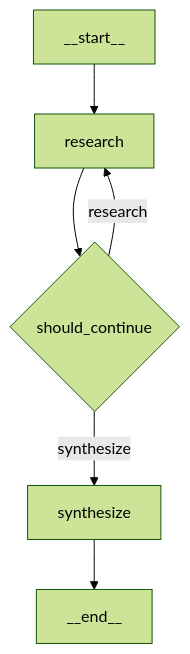
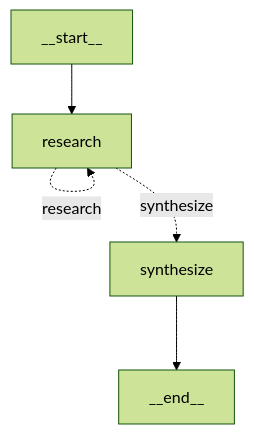
Before and after one commit to akshkr/akashnotes: the second of 4 diagrams in Phase_3_Single_Agent/Day_041_state_machines/state_machines.md, drawn with Mermaid (forest theme). The commit also changed other lines of this file and 95 other files, not shown here.

````diff
--- a/Phase_3_Single_Agent/Day_041_state_machines/state_machines.md
+++ b/Phase_3_Single_Agent/Day_041_state_machines/state_machines.md
@@ -190,8 +201,7 @@
 ```mermaid
 flowchart TD
     __start__ --> research
-    research --> should_continue{should_continue}
-    should_continue -->|research| research
-    should_continue -->|synthesize| synthesize
+    research -.->|research| research
+    research -.->|synthesize| synthesize
     synthesize --> __end__
 ```
````
